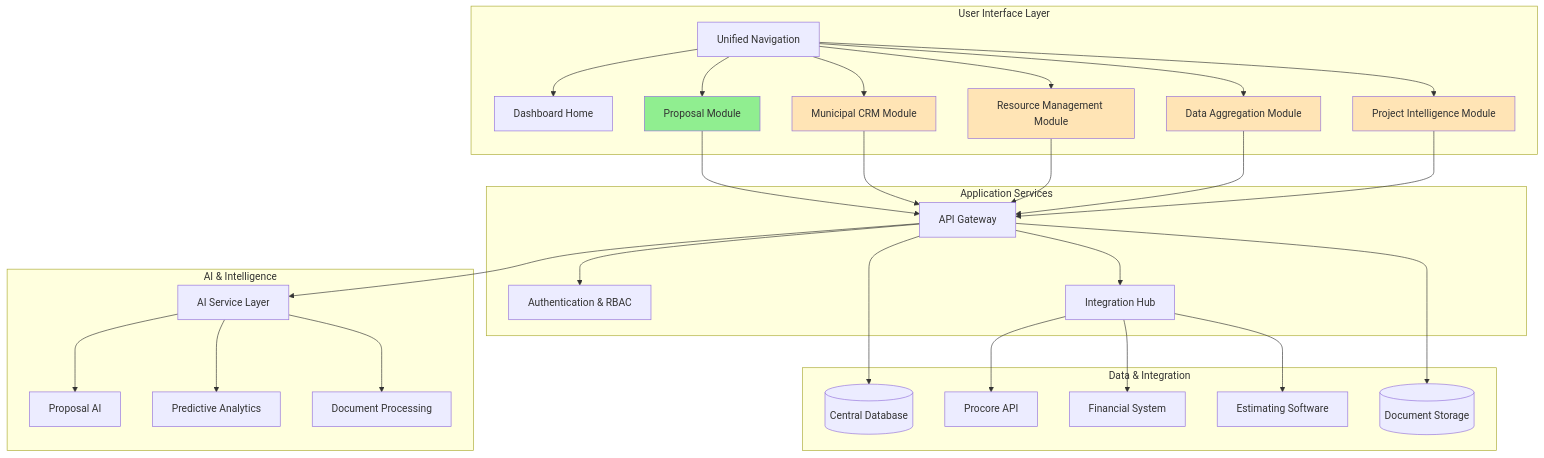
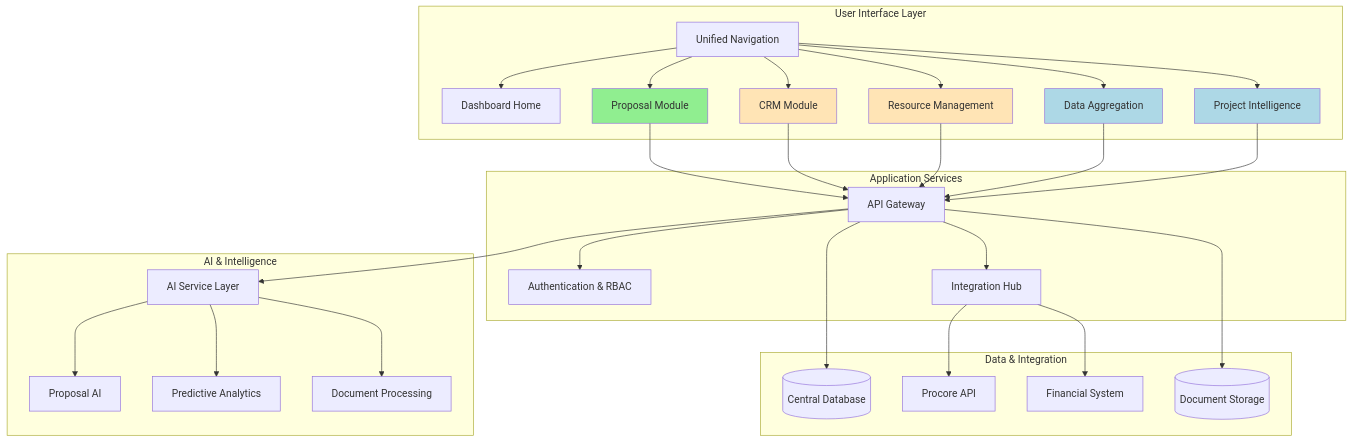
One commit to elikiedrowski/ECI_Site_Construction changed the first of 15 diagrams in POC-Implementation-Plan.md. Above: the diagram before and after it, drawn with Mermaid. The commit also changed other lines of this file and 1 other file, not shown here.

First line of the commit message:
Align implementation plan and cost estimate to 3-module SOW

````diff
--- a/POC-Implementation-Plan.md
+++ b/POC-Implementation-Plan.md
@@ -246,70 +47,65 @@
 ```mermaid
 graph TB
     subgraph "User Interface Layer"
         Nav[Unified Navigation]
         Dashboard[Dashboard Home]
         Proposals[Proposal Module]
-        CRM[Municipal CRM Module]
-        Resources[Resource Management Module]
-        DataAgg[Data Aggregation Module]
-        Analytics[Project Intelligence Module]
+        CRM[CRM Module]
+        Resources[Resource Management]
+        DataAgg[Data Aggregation]
+        Intelligence[Project Intelligence]
     end
-    
+
     subgraph "Application Services"
         API[API Gateway]
         Auth[Authentication & RBAC]
         Integration[Integration Hub]
     end
-    
+
     subgraph "AI & Intelligence"
         AIEngine[AI Service Layer]
         ProposalAI[Proposal AI]
         PredictiveAI[Predictive Analytics]
         NLP[Document Processing]
     end
-    
+
     subgraph "Data & Integration"
         MainDB[(Central Database)]
         Procore[Procore API]
         Financial[Financial System]
-        Estimating[Estimating Software]
         DocStore[(Document Storage)]
     end
-    
+
     Nav --> Dashboard
     Nav --> Proposals
     Nav --> CRM
     Nav --> Resources
     Nav --> DataAgg
-    Nav --> Analytics
-    
+    Nav --> Intelligence
+
     Proposals --> API
     CRM --> API
     Resources --> API
     DataAgg --> API
-    Analytics --> API
-    
+    Intelligence --> API
+
     API --> Auth
     API --> Integration
     API --> AIEngine
-    
+
     AIEngine --> ProposalAI
     AIEngine --> PredictiveAI
     AIEngine --> NLP
-    
+
     Integration --> Procore
     Integration --> Financial
-    Integration --> Estimating
-    
+
     API --> MainDB
     API --> DocStore
-    
+
     style Proposals fill:#90EE90
     style CRM fill:#FFE4B5
     style Resources fill:#FFE4B5
-    style DataAgg fill:#FFE4B5
-    style Analytics fill:#FFE4B5
-    
-    classDef phase1 fill:#90EE90
-    classDef future fill:#FFE4B5
+    style DataAgg fill:#ADD8E6
+    style Intelligence fill:#ADD8E6
 ```
````
